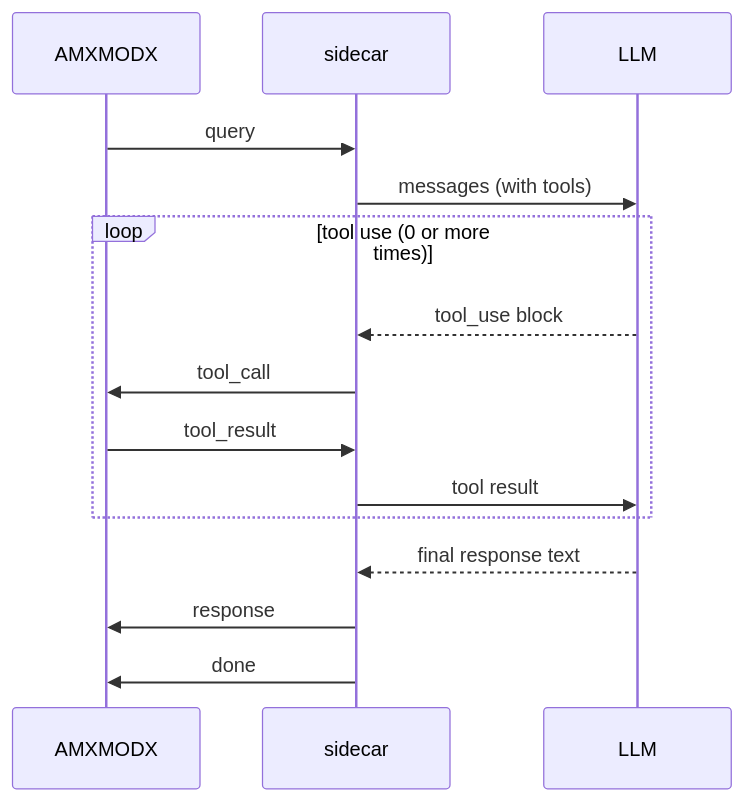
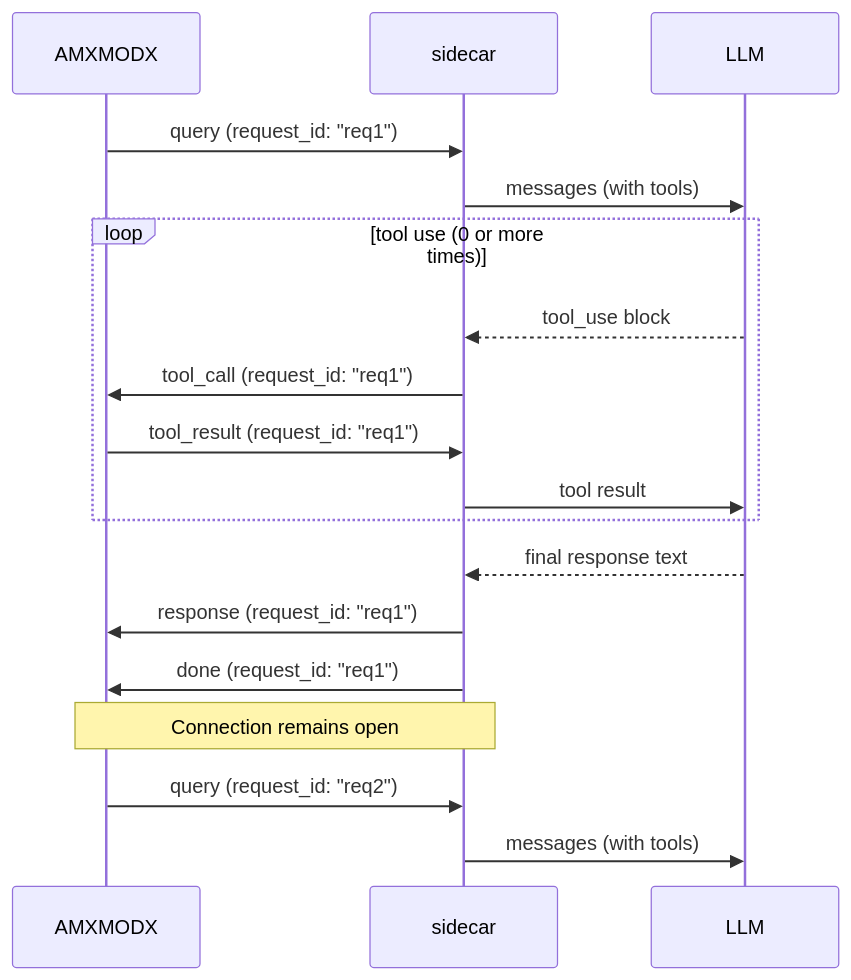
The diagram in docs/protocol.md (omar-hindawi98/amxx-agent), drawn with Mermaid before and after one commit. The commit also changed other lines of this file and 29 other files, not shown here.

````diff
--- a/docs/protocol.md
+++ b/docs/protocol.md
@@ -7,20 +9,25 @@
 ```mermaid
 sequenceDiagram
     participant AMX as AMXMODX
     participant SC as sidecar
     participant LLM
 
-    AMX->>SC: query
+    AMX->>SC: query (request_id: "req1")
     SC->>LLM: messages (with tools)
 
     loop tool use (0 or more times)
         LLM-->>SC: tool_use block
-        SC->>AMX: tool_call
-        AMX->>SC: tool_result
+        SC->>AMX: tool_call (request_id: "req1")
+        AMX->>SC: tool_result (request_id: "req1")
         SC->>LLM: tool result
     end
 
     LLM-->>SC: final response text
-    SC->>AMX: response
-    SC->>AMX: done
+    SC->>AMX: response (request_id: "req1")
+    SC->>AMX: done (request_id: "req1")
+    
+    Note over AMX,SC: Connection remains open
+    
+    AMX->>SC: query (request_id: "req2")
+    SC->>LLM: messages (with tools)
 ```
````
